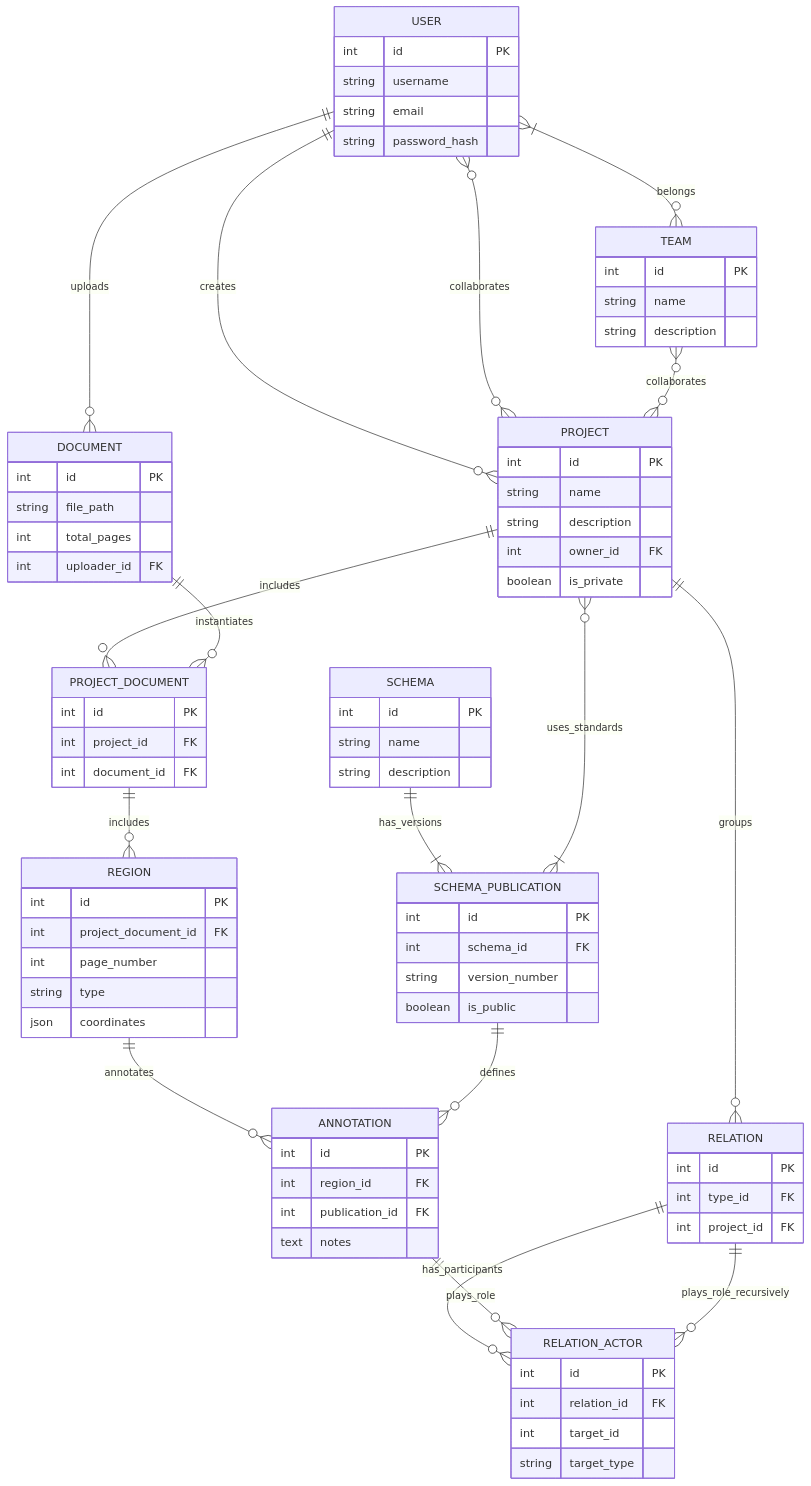
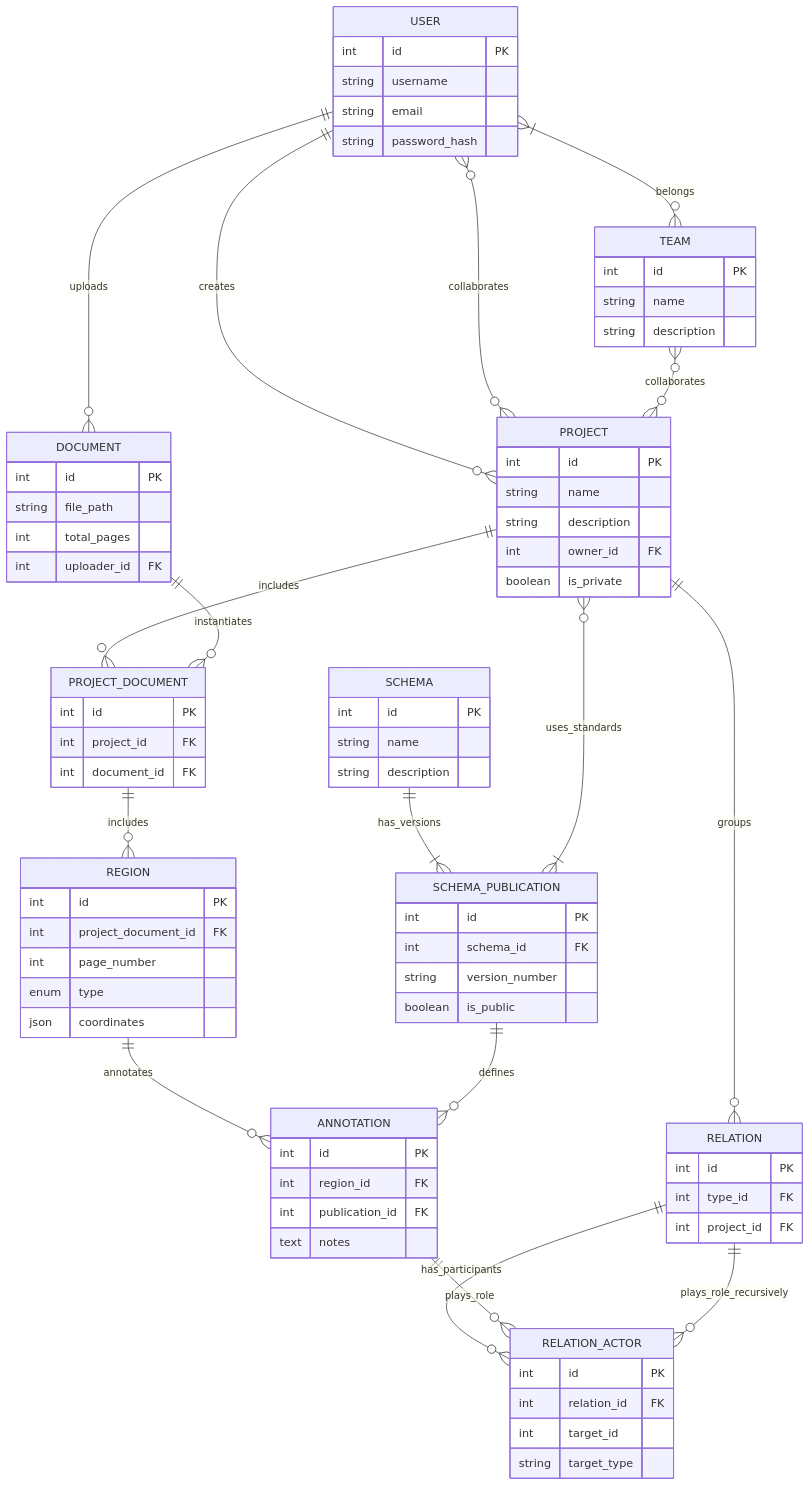
One commit to nachoarvilla/TFG_MAST_Backend changed the diagram in ER_Diagram.md. Above: the diagram before and after it, drawn with Mermaid.

Commit message:
variable tipo ENUM type en regions

```diff
--- a/ER_Diagram.md
+++ b/ER_Diagram.md
@@ -73,7 +73,7 @@
         int id PK
         int project_document_id FK
         int page_number
-        string type
+        enum type
         json coordinates
     }
 
```
